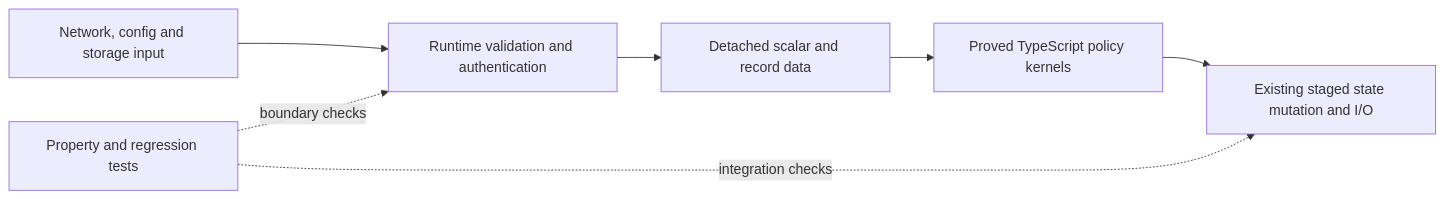
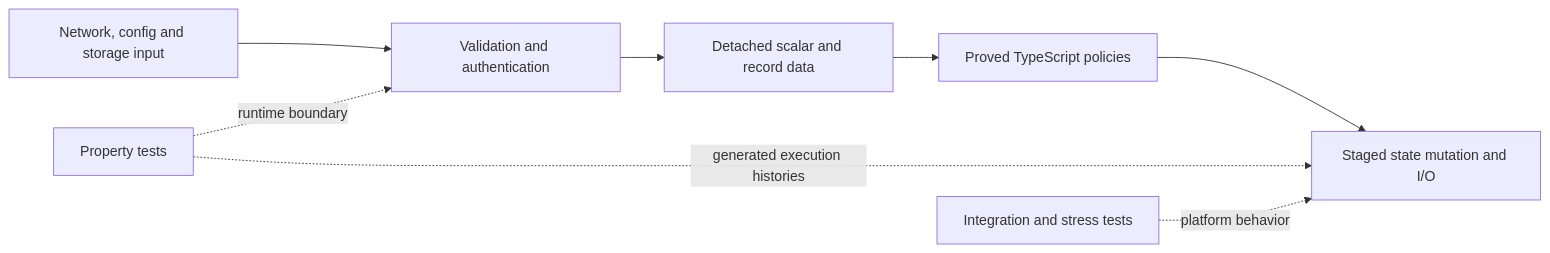
The diagram in docs/formal-verification.md (peerborne/peerborne), drawn with Mermaid before and after one commit. The commit also changed other lines of this file and 92 other files, not shown here.

First line of the commit message:
verify: expand production proofs and generated boundary checks (#572)

````diff
--- a/docs/formal-verification.md
+++ b/docs/formal-verification.md
@@ -17,9 +14,10 @@
 ```mermaid
 flowchart LR
-    A[Network, config and storage input] --> B[Runtime validation and authentication]
+    A[Network, config and storage input] --> B[Validation and authentication]
     B --> C[Detached scalar and record data]
-    C --> D[Proved TypeScript policy kernels]
-    D --> E[Existing staged state mutation and I/O]
-    F[Property and regression tests] -. boundary checks .-> B
-    F -. integration checks .-> E
+    C --> D[Proved TypeScript policies]
+    D --> E[Staged state mutation and I/O]
+    F[Property tests] -. runtime boundary .-> B
+    F -. generated execution histories .-> E
+    G[Integration and stress tests] -. platform behavior .-> E
 ```
````
